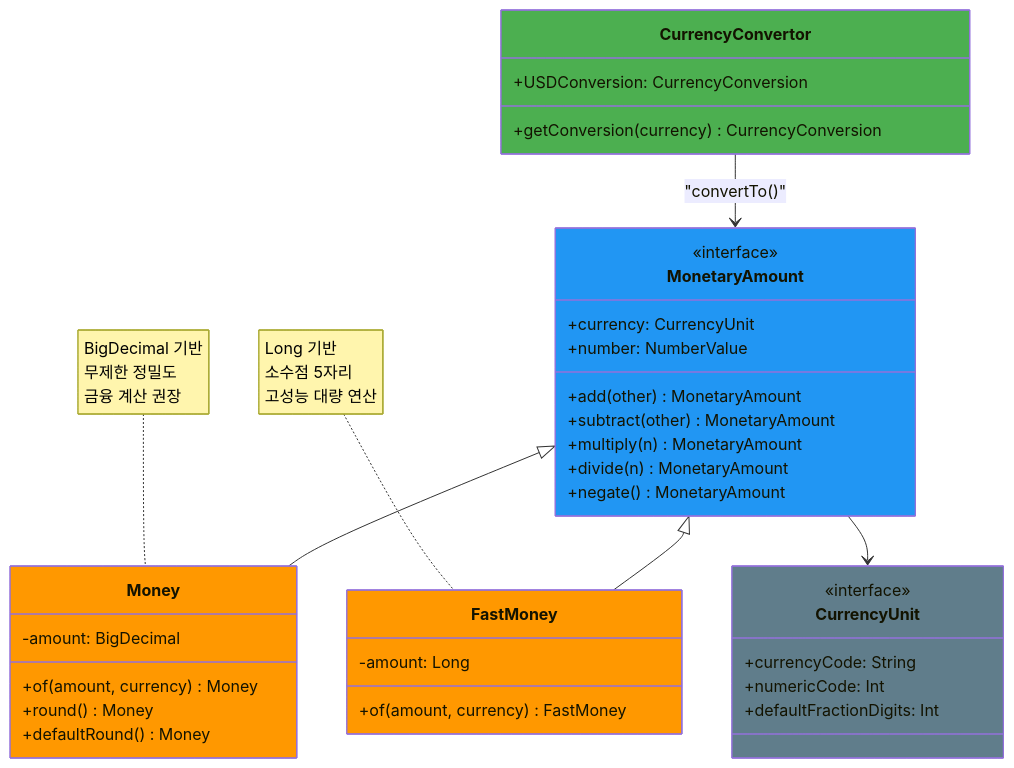
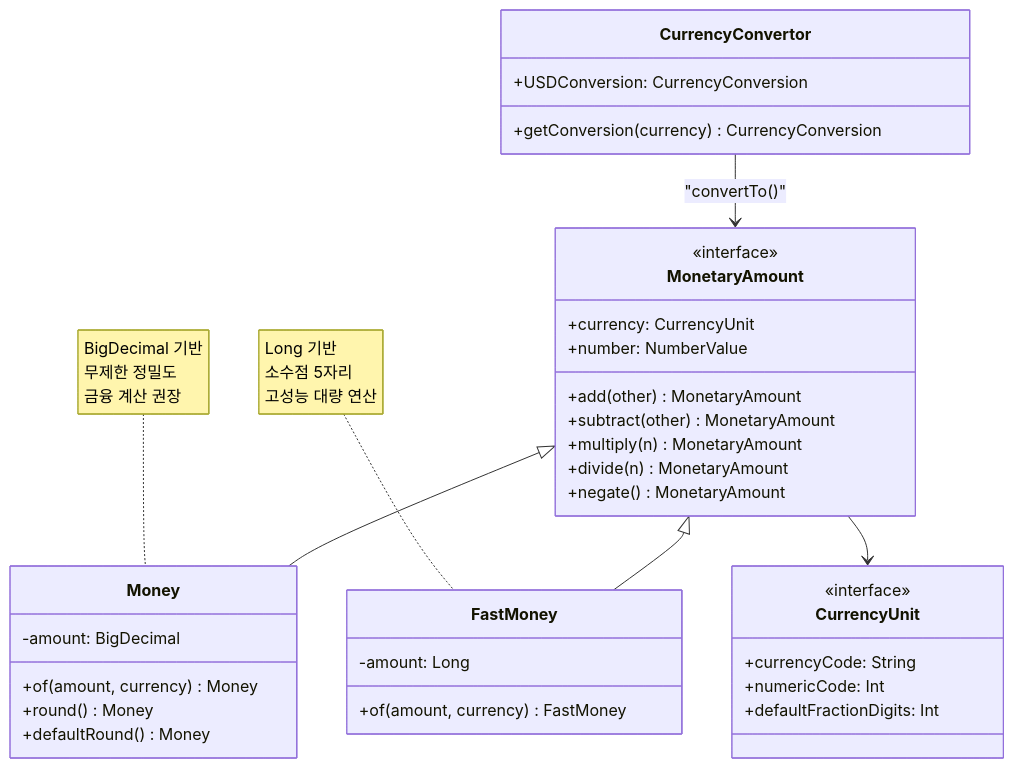
Before and after one commit to bluetape4k/bluetape4k-projects: the first of 2 diagrams in utils/money/README.md, drawn with Mermaid. The commit also changed 95 other files, not shown here.

First line of the commit message:
docs: Mermaid 파서 오류 전체 수정 (IntelliJ IDEA 호환)

````diff
--- a/utils/money/README.md
+++ b/utils/money/README.md
@@ -237,50 +237,46 @@
 ```mermaid
 classDiagram
-    class MonetaryAmount:::utilStyle {
+    class MonetaryAmount {
         <<interface>>
         +currency: CurrencyUnit
         +number: NumberValue
         +add(other) MonetaryAmount
         +subtract(other) MonetaryAmount
         +multiply(n) MonetaryAmount
         +divide(n) MonetaryAmount
         +negate() MonetaryAmount
     }
 
-    class Money:::modelStyle {
+    class Money {
         -amount: BigDecimal
         +of(amount, currency) Money
         +round() Money
         +defaultRound() Money
     }
 
-    class FastMoney:::modelStyle {
+    class FastMoney {
         -amount: Long
         +of(amount, currency) FastMoney
     }
 
-    class CurrencyUnit:::infraStyle {
+    class CurrencyUnit {
         <<interface>>
         +currencyCode: String
         +numericCode: Int
         +defaultFractionDigits: Int
     }
 
-    class CurrencyConvertor:::serviceStyle {
+    class CurrencyConvertor {
         +getConversion(currency) CurrencyConversion
         +USDConversion: CurrencyConversion
     }
 
     MonetaryAmount <|-- Money
     MonetaryAmount <|-- FastMoney
     MonetaryAmount --> CurrencyUnit
     CurrencyConvertor --> MonetaryAmount : "convertTo()"
 
     note for Money "BigDecimal 기반<br/>무제한 정밀도<br/>금융 계산 권장"
     note for FastMoney "Long 기반<br/>소수점 5자리<br/>고성능 대량 연산"
 
-    classDef utilStyle    fill:#2196F3
-    classDef serviceStyle fill:#4CAF50
-    classDef modelStyle   fill:#FF9800
-    classDef infraStyle   fill:#607D8B
 ```
````
